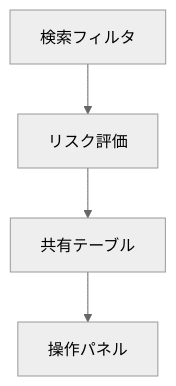
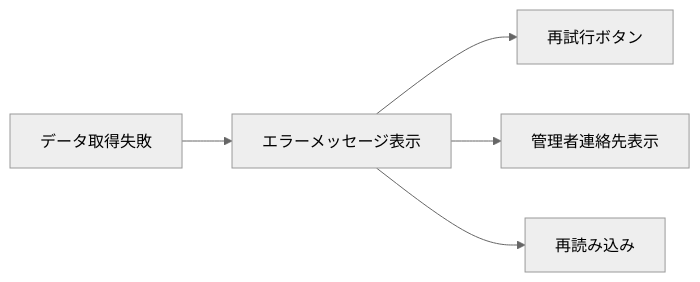
The second of 2 diagrams in Doc/WebUI_仕様書_ExternalShareCheck.md (Kensan196948G/OneDriveforBusinessManagementSystem), drawn with Mermaid (neutral theme) before and after one commit. The commit also changed other lines of this file and 22 other files, not shown here.

````diff
--- a/Doc/WebUI_仕様書_ExternalShareCheck.md
+++ b/Doc/WebUI_仕様書_ExternalShareCheck.md
@@ -14,6 +52,7 @@
 ```mermaid
-graph TD
-    A[検索フィルタ] --> B[リスク評価]
-    B --> C[共有テーブル]
-    C --> D[操作パネル]
+graph LR
+    A[データ取得失敗] --> B[エラーメッセージ表示]
+    B --> C[再試行ボタン]
+    B --> D[管理者連絡先表示]
+    B --> E[再読み込み]
 ```
````
